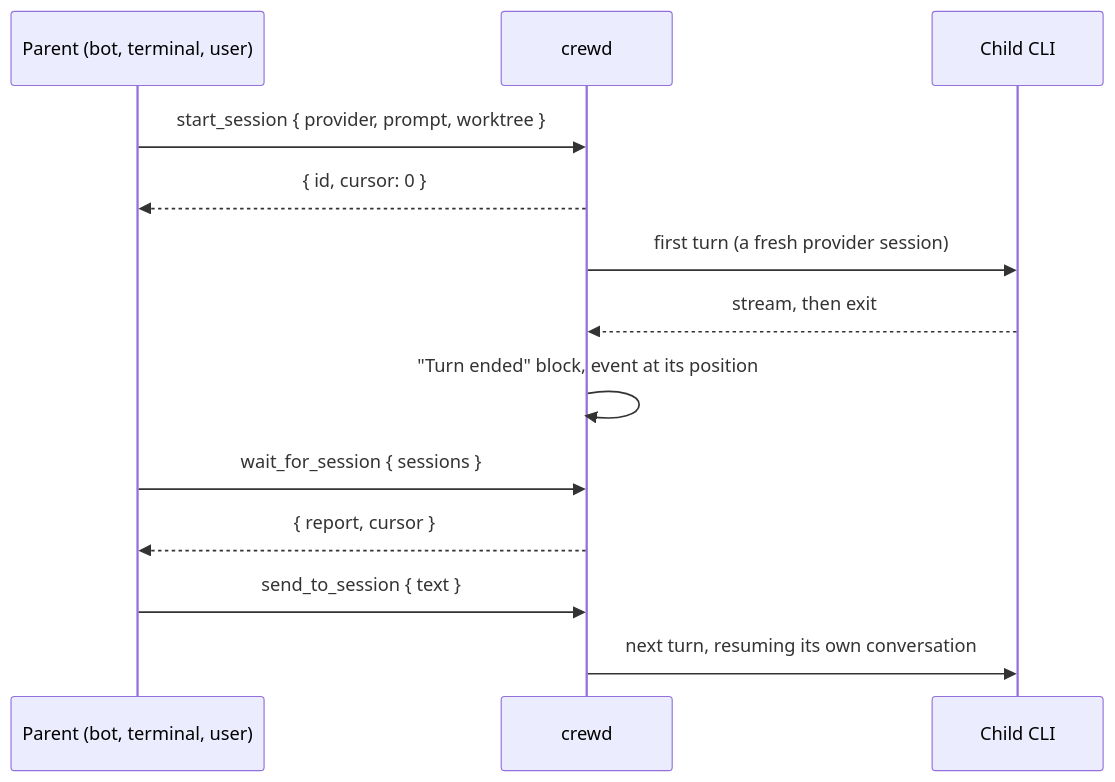
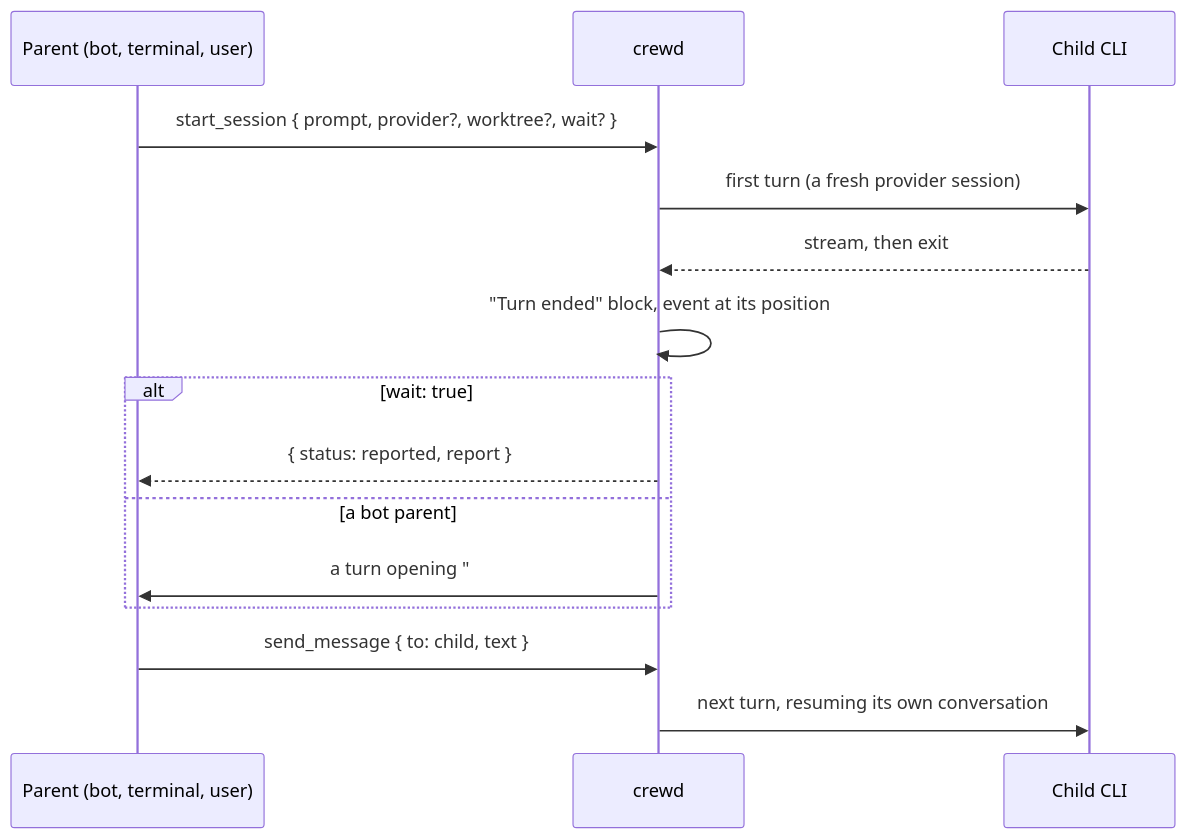
The third of 4 diagrams in docs/ARCHITECTURE.md (rogazth/crew), drawn with Mermaid before and after one commit. The commit also changed other lines of this file and 36 other files, not shown here.

Commit message:
feat: replace messaging tools with send_message, list_peers and start_session owners

````diff
--- a/docs/ARCHITECTURE.md
+++ b/docs/ARCHITECTURE.md
@@ -83,16 +83,18 @@
 ```mermaid
 sequenceDiagram
   participant P as Parent (bot, terminal, user)
   participant D as crewd
   participant C as Child CLI
 
-  P->>D: start_session { provider, prompt, worktree }
-  D-->>P: { id, cursor: 0 }
+  P->>D: start_session { prompt, provider?, worktree?, wait? }
   D->>C: first turn (a fresh provider session)
   C-->>D: stream, then exit
   D->>D: "Turn ended" block, event at its position
-  P->>D: wait_for_session { sessions }
-  D-->>P: { report, cursor }
-  P->>D: send_to_session { text }
+  alt wait: true
+    D-->>P: { status: reported, report }
+  else a bot parent
+    D->>P: a turn opening "## Report from session …"
+  end
+  P->>D: send_message { to: child, text }
   D->>C: next turn, resuming its own conversation
 ```
````
